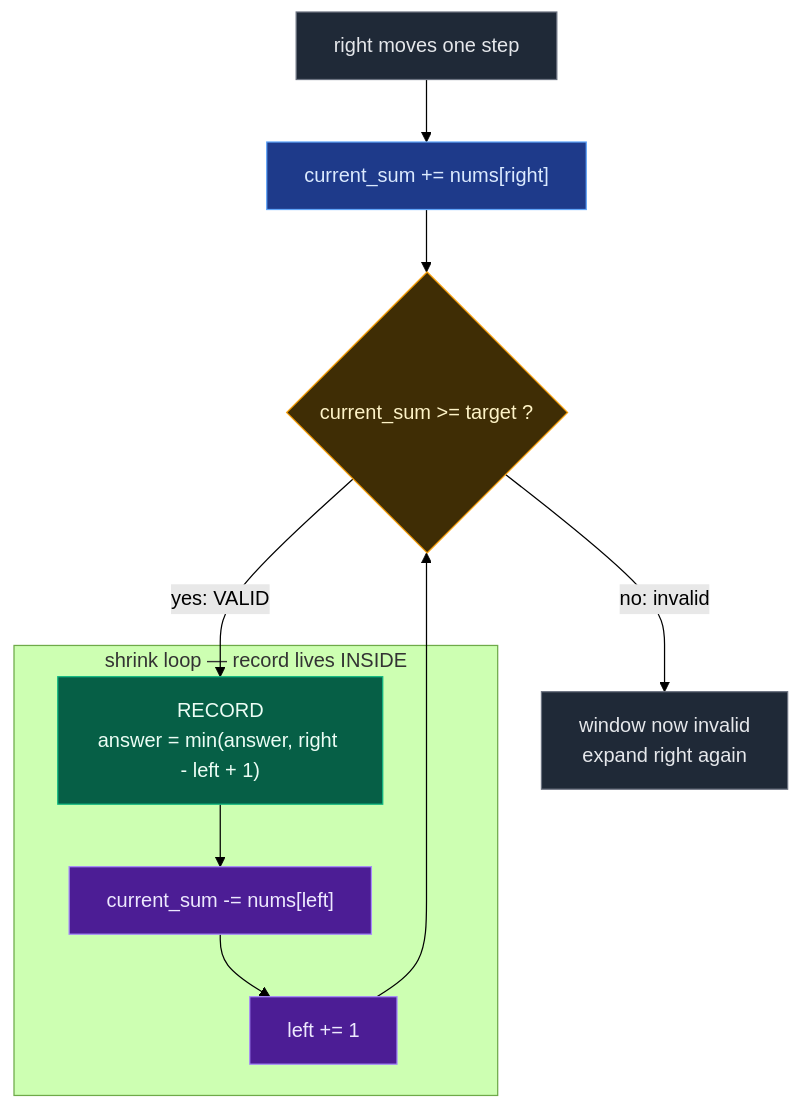
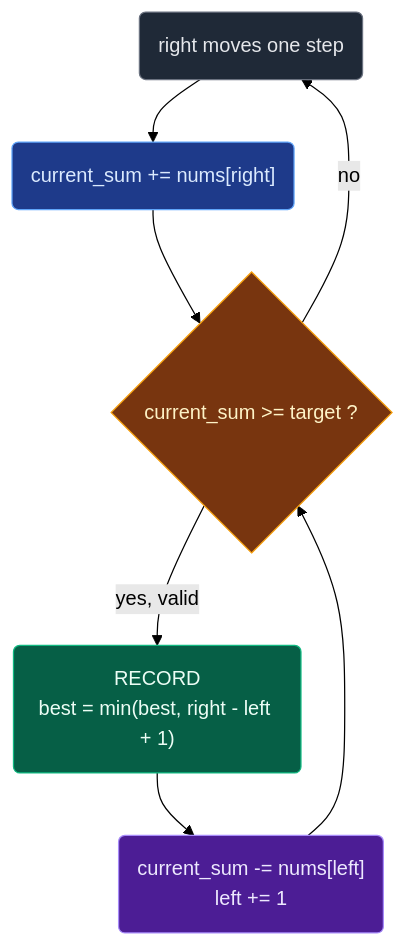
The fourth of 8 diagrams in 04. Sliding window/02. Basic/05. 209. Minimum Size Subarray Sum.md (ajay-nikumbh/dsa-notes), drawn with Mermaid (forest theme) before and after one commit. The commit also changed other lines of this file, not shown here.

First line of the commit message:
Sliding Window 06: rewrite 209 Minimum Size Subarray Sum

````diff
--- a/04. Sliding window/02. Basic/05. 209. Minimum Size Subarray Sum.md
+++ b/04. Sliding window/02. Basic/05. 209. Minimum Size Subarray Sum.md
@@ -69,27 +141,15 @@
 ```mermaid
 flowchart TD
-    A["right moves one step"]:::step
-    B["current_sum += nums[right]"]:::add
-    C{"current_sum >= target ?"}:::test
-    R["RECORD<br/>answer = min(answer, right - left + 1)"]:::calc
-    D["current_sum -= nums[left]"]:::drop
-    E["left += 1"]:::drop
-    F["window now invalid<br/>expand right again"]:::step
-
-    A --> B --> C
-    C -- "yes: VALID" --> R
-    R --> D --> E --> C
-    C -- "no: invalid" --> F
-
-    subgraph SHRINK["shrink loop — record lives INSIDE"]
-        R
-        D
-        E
-    end
+    A("right moves one step"):::step --> B("current_sum += nums[right]"):::add
+    B --> C{"current_sum >= target ?"}:::test
+    C -->|yes, valid| R("RECORD<br/>best = min(best, right - left + 1)"):::calc
+    R --> D("current_sum -= nums[left]<br/>left += 1"):::drop
+    D --> C
+    C -->|no| A
 
     classDef step fill:#1f2937,stroke:#6b7280,color:#e5e7eb
     classDef add fill:#1e3a8a,stroke:#60a5fa,color:#dbeafe
-    classDef test fill:#3f2d05,stroke:#f59e0b,color:#fef3c7
+    classDef test fill:#78350f,stroke:#f59e0b,color:#fef3c7
     classDef drop fill:#4c1d95,stroke:#a78bfa,color:#ede9fe
     classDef calc fill:#065f46,stroke:#10b981,color:#ecfdf5
 ```
````
